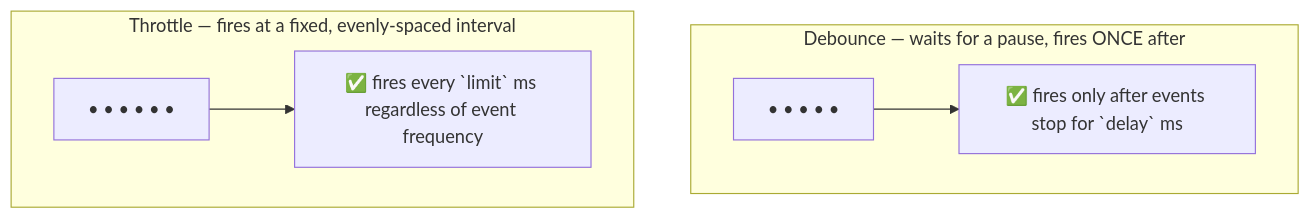
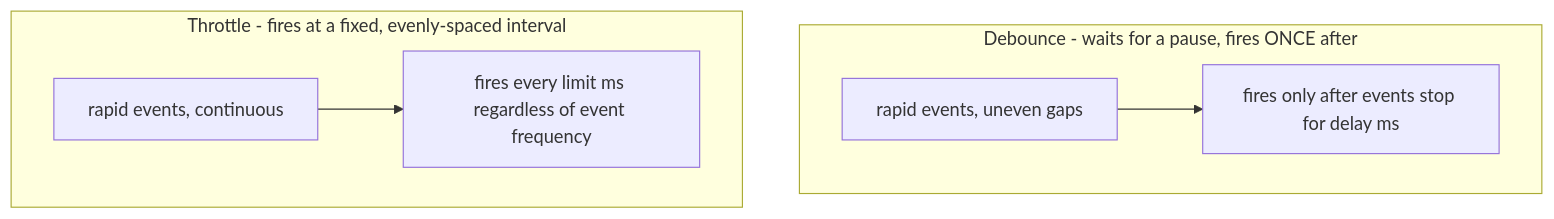
Before and after one commit to DipanPramanik098/Thunder-100-Days-Of-Code: diagram 18 of 19 in _01_JavaScript/JavaScript.md, drawn with Mermaid. The commit also changed other lines of this file, not shown here.

````diff
--- a/_01_JavaScript/JavaScript.md
+++ b/_01_JavaScript/JavaScript.md
@@ -878,9 +878,9 @@
 ```mermaid
 flowchart TD
-    subgraph Debounce["Debounce — waits for a pause, fires ONCE after"]
-        d1["• • •      • •"] --> d2["✅ fires only after events stop for `delay` ms"]
+    subgraph Debounce["Debounce - waits for a pause, fires ONCE after"]
+        d1["rapid events, uneven gaps"] --> d2["fires only after events stop for delay ms"]
     end
-    subgraph Throttle["Throttle — fires at a fixed, evenly-spaced interval"]
-        t1["• • • • • •"] --> t2["✅ fires every `limit` ms regardless of event frequency"]
+    subgraph Throttle["Throttle - fires at a fixed, evenly-spaced interval"]
+        t1["rapid events, continuous"] --> t2["fires every limit ms regardless of event frequency"]
     end
 ```
````
